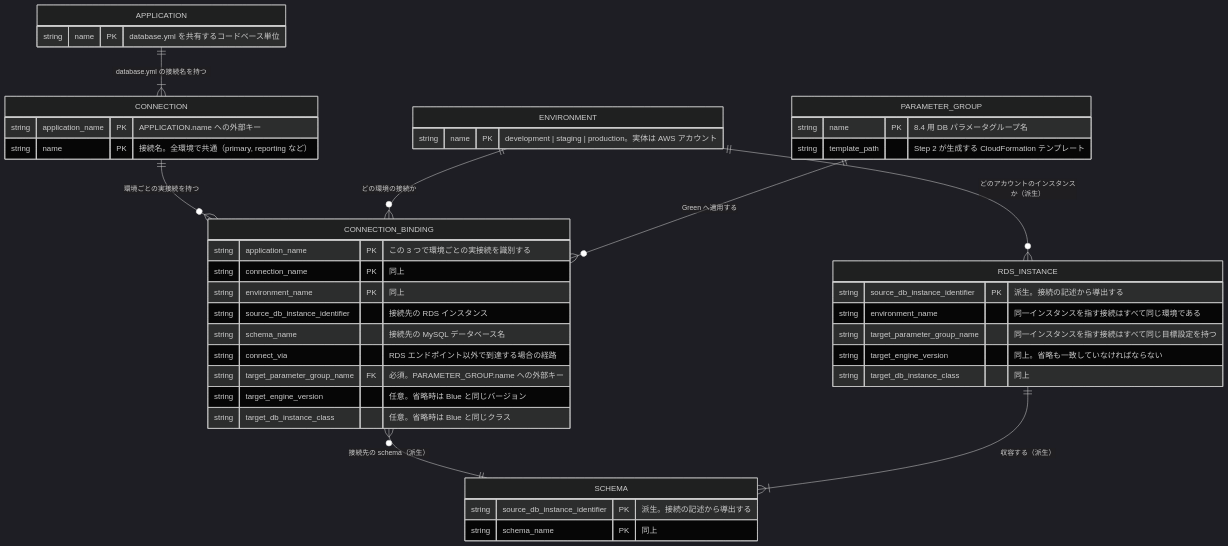
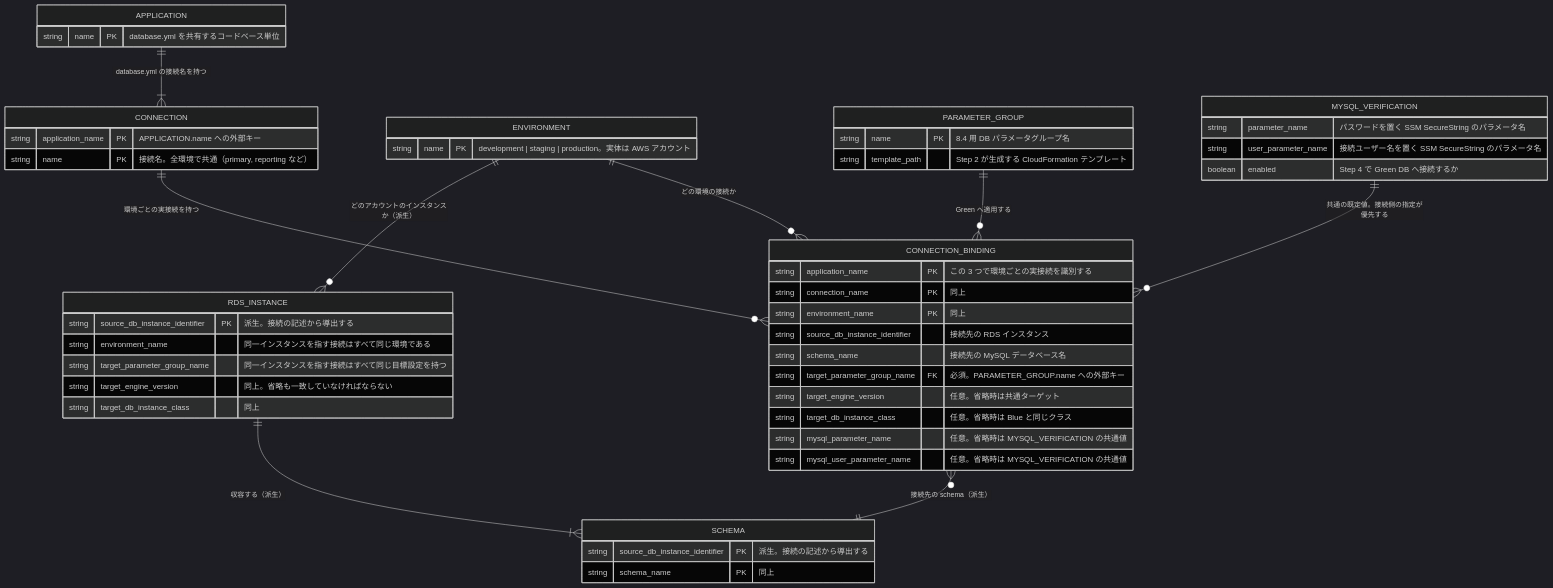
One commit to rxsxkxd/pk changed the diagram in docs/rds_mysql_upgrade/migration-catalog-er.md. Above: the diagram before and after it, drawn with Mermaid (dark theme). The commit also changed other lines of this file and 30 other files, not shown here.

````diff
--- a/docs/rds_mysql_upgrade/migration-catalog-er.md
+++ b/docs/rds_mysql_upgrade/migration-catalog-er.md
@@ -13,47 +13,54 @@
 ```mermaid
 erDiagram
     APPLICATION ||--|{ CONNECTION : "database.yml の接続名を持つ"
     CONNECTION ||--o{ CONNECTION_BINDING : "環境ごとの実接続を持つ"
     ENVIRONMENT ||--o{ CONNECTION_BINDING : "どの環境の接続か"
     PARAMETER_GROUP ||--o{ CONNECTION_BINDING : "Green へ適用する"
     CONNECTION_BINDING }o--|| SCHEMA : "接続先の schema（派生）"
+    MYSQL_VERIFICATION ||--o{ CONNECTION_BINDING : "共通の既定値。接続側の指定が優先する"
     RDS_INSTANCE ||--|{ SCHEMA : "収容する（派生）"
     ENVIRONMENT ||--o{ RDS_INSTANCE : "どのアカウントのインスタンスか（派生）"
 
     APPLICATION {
         string name PK "database.yml を共有するコードベース単位"
     }
     CONNECTION {
         string application_name PK "APPLICATION.name への外部キー"
         string name PK "接続名。全環境で共通（primary, reporting など）"
     }
     CONNECTION_BINDING {
         string application_name PK "この 3 つで環境ごとの実接続を識別する"
         string connection_name PK "同上"
         string environment_name PK "同上"
         string source_db_instance_identifier "接続先の RDS インスタンス"
         string schema_name "接続先の MySQL データベース名"
-        string connect_via "RDS エンドポイント以外で到達する場合の経路"
         string target_parameter_group_name FK "必須。PARAMETER_GROUP.name への外部キー"
-        string target_engine_version "任意。省略時は Blue と同じバージョン"
+        string target_engine_version "任意。省略時は共通ターゲット"
         string target_db_instance_class "任意。省略時は Blue と同じクラス"
+        string mysql_parameter_name "任意。省略時は MYSQL_VERIFICATION の共通値"
+        string mysql_user_parameter_name "任意。省略時は MYSQL_VERIFICATION の共通値"
+    }
+    MYSQL_VERIFICATION {
+        string parameter_name "パスワードを置く SSM SecureString のパラメータ名"
+        string user_parameter_name "接続ユーザー名を置く SSM SecureString のパラメータ名"
+        boolean enabled "Step 4 で Green DB へ接続するか"
     }
     ENVIRONMENT {
         string name PK "development | staging | production。実体は AWS アカウント"
     }
     PARAMETER_GROUP {
         string name PK "8.4 用 DB パラメータグループ名"
         string template_path "Step 2 が生成する CloudFormation テンプレート"
     }
     SCHEMA {
         string source_db_instance_identifier PK "派生。接続の記述から導出する"
         string schema_name PK "同上"
     }
     RDS_INSTANCE {
         string source_db_instance_identifier PK "派生。接続の記述から導出する"
         string environment_name "同一インスタンスを指す接続はすべて同じ環境である"
         string target_parameter_group_name "同一インスタンスを指す接続はすべて同じ目標設定を持つ"
         string target_engine_version "同上。省略も一致していなければならない"
         string target_db_instance_class "同上"
     }
 ```
````
